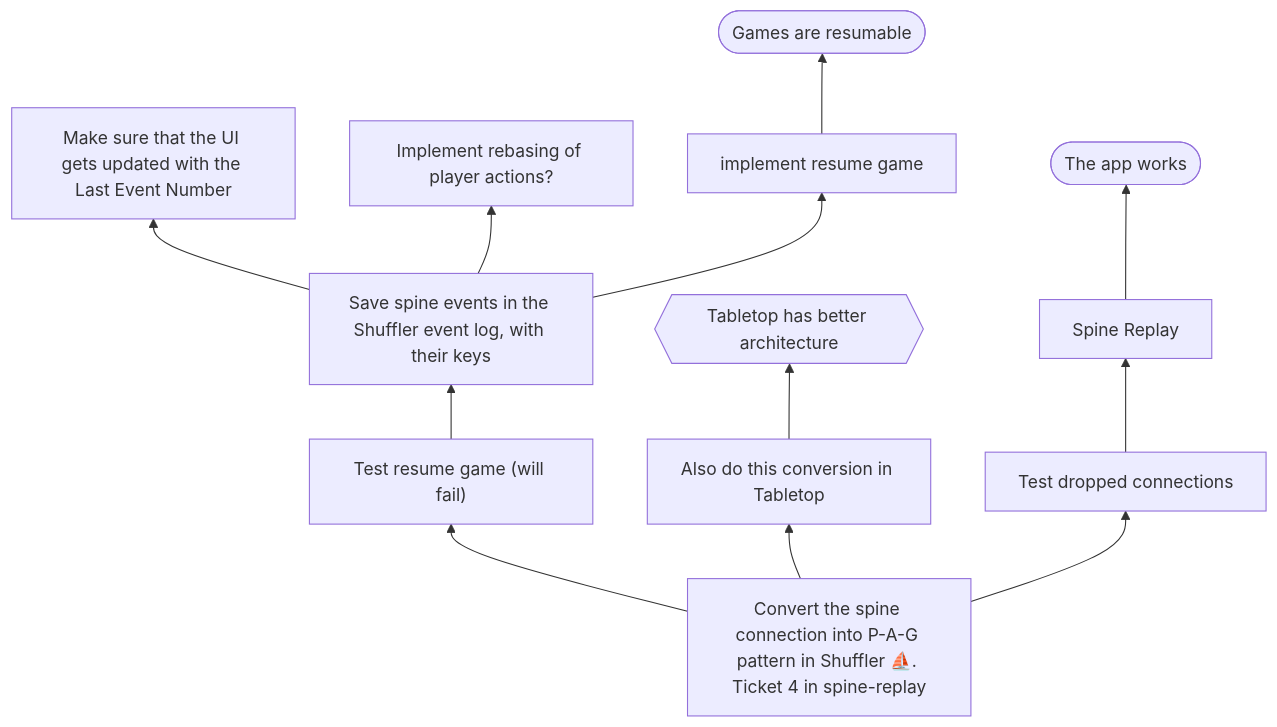
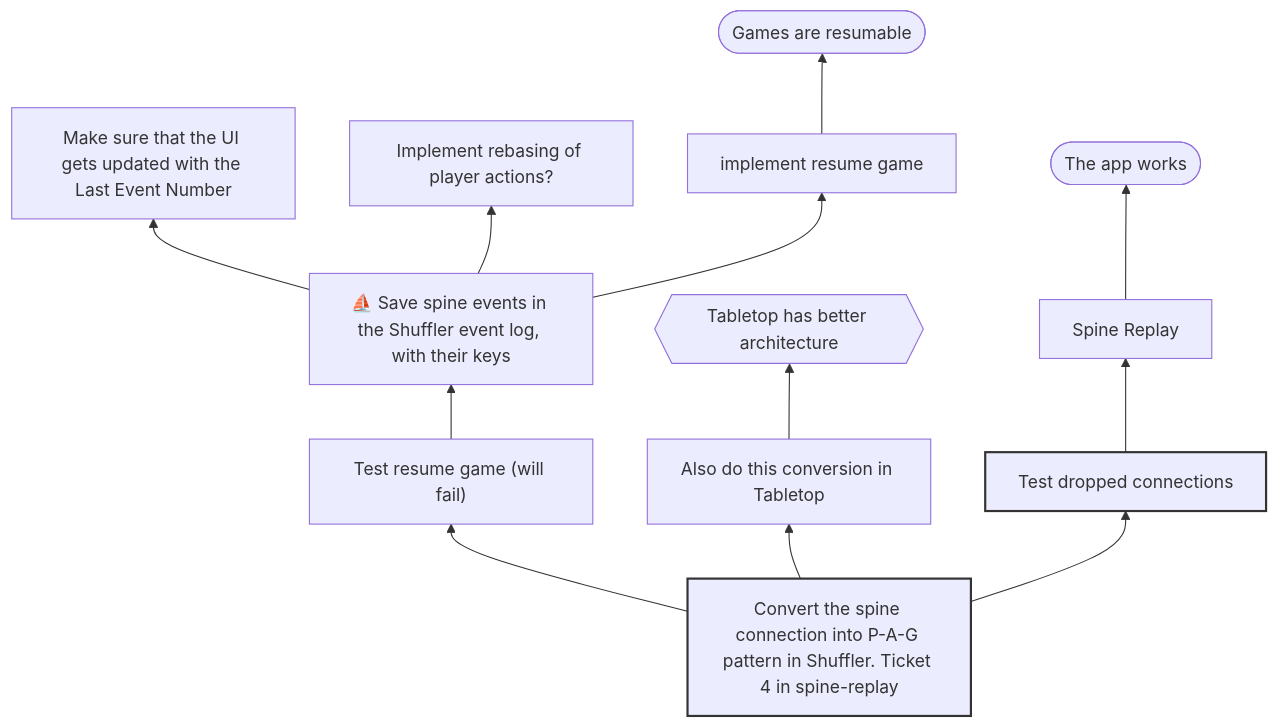
Before and after one commit to jessitron/mtg-deck-shuffler: the diagram in .scratch/spine-event-replay/issues/map.mmd, drawn with Mermaid. The commit also changed 1 other file, not shown here.

```diff
--- a/.scratch/spine-event-replay/issues/map.mmd
+++ b/.scratch/spine-event-replay/issues/map.mmd
@@ -1,13 +1,16 @@
-
 flowchart BT
-   A[Convert the spine connection into P-A-G pattern in Shuffler ⛵️. Ticket 4 in spine-replay] --> B[Test dropped connections]
+   A[Convert the spine connection into P-A-G pattern in Shuffler. Ticket 4 in spine-replay] --> B[Test dropped connections]
    A --> C["Test resume game (will fail)"]
-   C --> D[Save spine events in the Shuffler event log, with their keys]
+   C --> D[ ⛵️ Save spine events in the Shuffler event log, with their keys]
    D --> L[Make sure that the UI gets updated with the Last Event Number]
    D --> K[Implement rebasing of player actions?]
    A --> E[Also do this conversion in Tabletop]
    E --> F{{Tabletop has better architecture}}
    D --> I[implement resume game]
    I --> G([Games are resumable])
    B --> J[Spine Replay]
    J --> H([The app works])
+
+classDef reached stroke:#333,stroke-width:2px;
+class A reached;
+class B reached;
```
